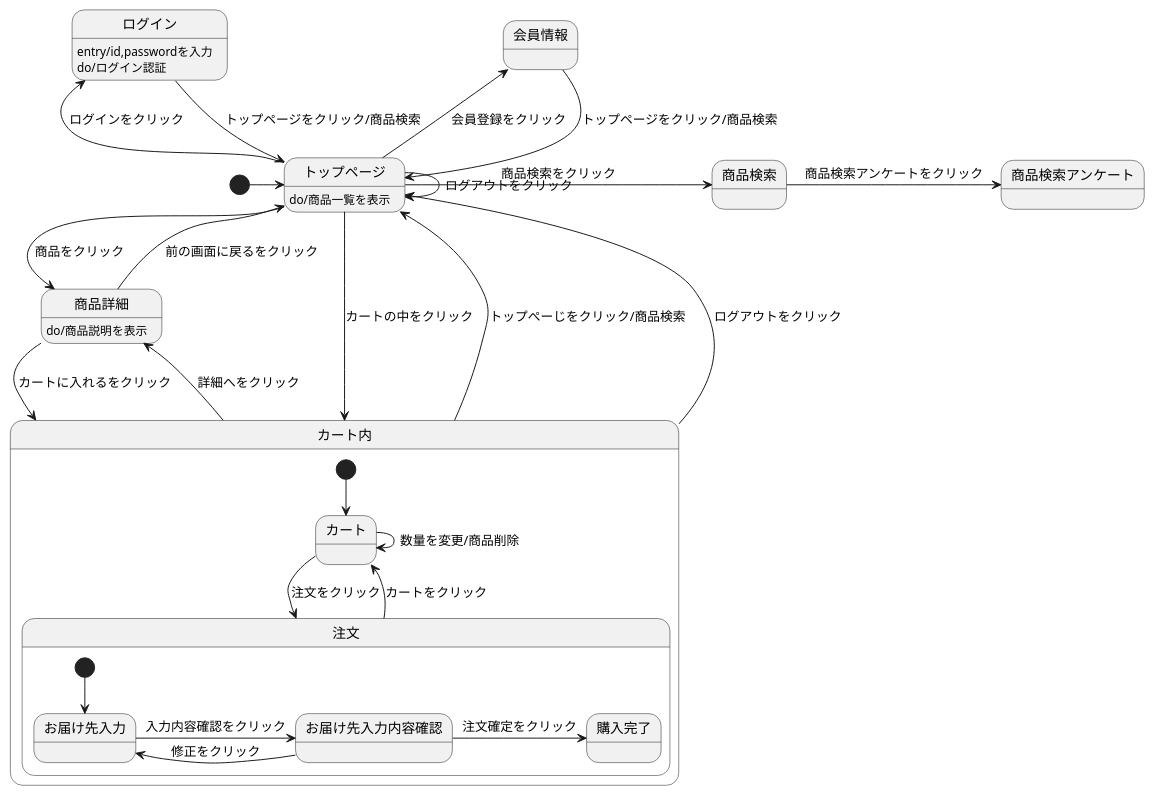
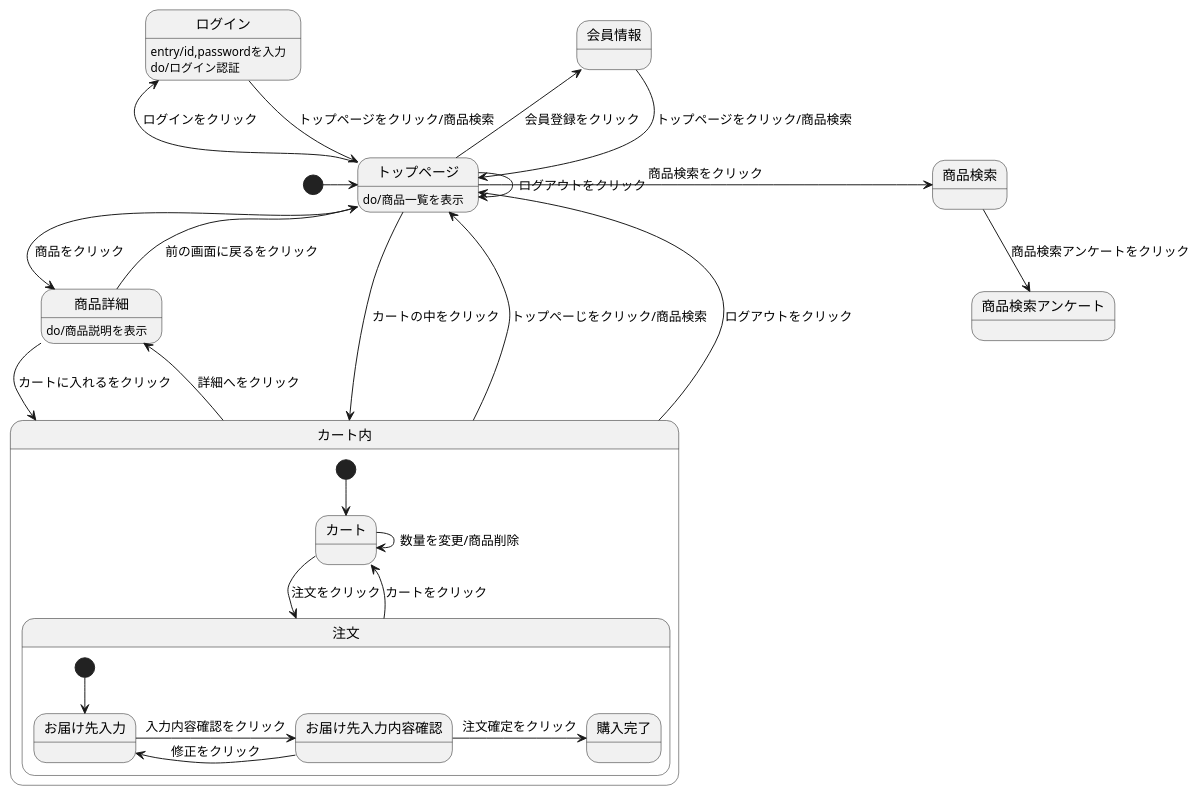
The diagram in md/mysite_gamenseni.md (aso2001362/2021sys-design), drawn with PlantUML before and after one commit.

````diff
--- a/md/mysite_gamenseni.md
+++ b/md/mysite_gamenseni.md
@@ -1,36 +1,36 @@
 ```uml
 @startuml
 [*] -> トップページ
 会員情報 --> トップページ : トップページをクリック/商品検索
 ログイン --> トップページ : トップページをクリック/商品検索
 ログイン : entry/id,passwordを入力
 ログイン : do/ログイン認証
 トップページ --> トップページ : ログアウトをクリック
 トップページ -> 商品検索 : 商品検索をクリック
-商品検索 -> 商品検索アンケート : 商品検索アンケートをクリック
+商品検索 --> 商品検索アンケート : 商品検索アンケートをクリック
 トップページ -> 商品詳細 : 商品をクリック
 トップページ -left-> 会員情報 : 会員登録をクリック
 トップページ -left-> ログイン : ログインをクリック
 トップページ --> カート内 : カートの中をクリック
 トップページ : do/商品一覧を表示
 商品詳細 --> カート内 : カートに入れるをクリック
 商品詳細 --> トップページ : 前の画面に戻るをクリック
 商品詳細 : do/商品説明を表示
 カート内 -up-> トップページ : トップぺーじをクリック/商品検索
 カート内 -up-> トップページ : ログアウトをクリック
 カート内 ->商品詳細 : 詳細へをクリック
   
 state カート内{
  [*] -->カート
  カート -> 注文 : 注文をクリック
  カート -> カート : 数量を変更/商品削除
  注文 --> カート : カートをクリック
  state 注文{
   [*] --> お届け先入力
   お届け先入力 -> お届け先入力内容確認 : 入力内容確認をクリック
   お届け先入力内容確認 -> お届け先入力 : 修正をクリック
   お届け先入力内容確認 -> 購入完了 : 注文確定をクリック
   }
  }
 @enduml
 ```
````
